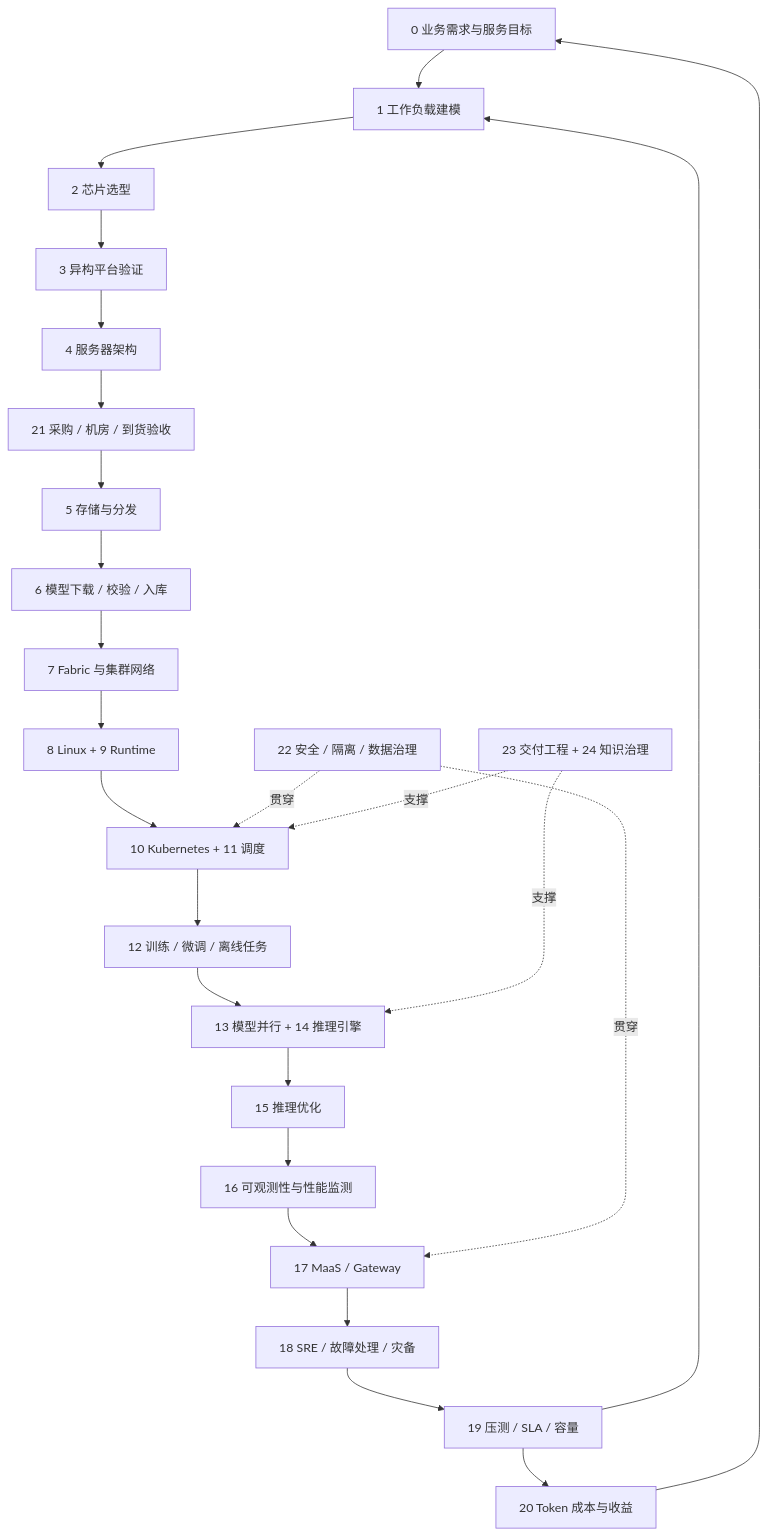
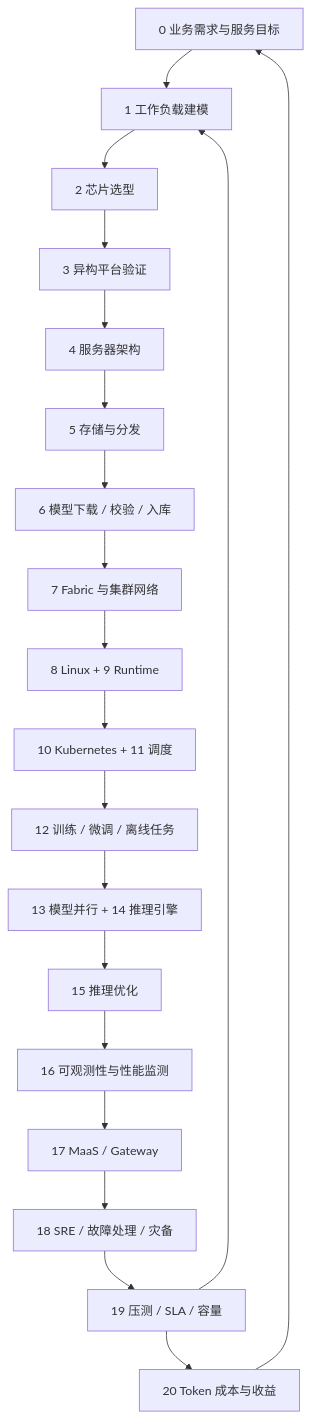
The diagram in AI_INFRA_KNOWLEDGE_BASE.md (KurisuZhang/codex-catl), drawn with Mermaid before and after one commit. The commit also changed other lines of this file, not shown here.

````diff
--- a/AI_INFRA_KNOWLEDGE_BASE.md
+++ b/AI_INFRA_KNOWLEDGE_BASE.md
@@ -56,27 +52,22 @@
 ```mermaid
 flowchart TD
     A[0 业务需求与服务目标] --> B[1 工作负载建模]
     B --> C[2 芯片选型]
     C --> V[3 异构平台验证]
     V --> S[4 服务器架构]
-    S --> P[21 采购 / 机房 / 到货验收]
-    P --> D[5 存储与分发]
+    S --> D[5 存储与分发]
     D --> M[6 模型下载 / 校验 / 入库]
     M --> N[7 Fabric 与集群网络]
     N --> E[8 Linux + 9 Runtime]
     E --> F[10 Kubernetes + 11 调度]
     F --> T[12 训练 / 微调 / 离线任务]
     T --> G[13 模型并行 + 14 推理引擎]
     G --> H[15 推理优化]
     H --> O[16 可观测性与性能监测]
     O --> I[17 MaaS / Gateway]
     I --> R[18 SRE / 故障处理 / 灾备]
     R --> J[19 压测 / SLA / 容量]
     J --> K[20 Token 成本与收益]
     J --> B
     K --> A
-    X[22 安全 / 隔离 / 数据治理] -.贯穿.-> F
-    X -.贯穿.-> I
-    Y[23 交付工程 + 24 知识治理] -.支撑.-> F
-    Y -.支撑.-> G
 ```
````
